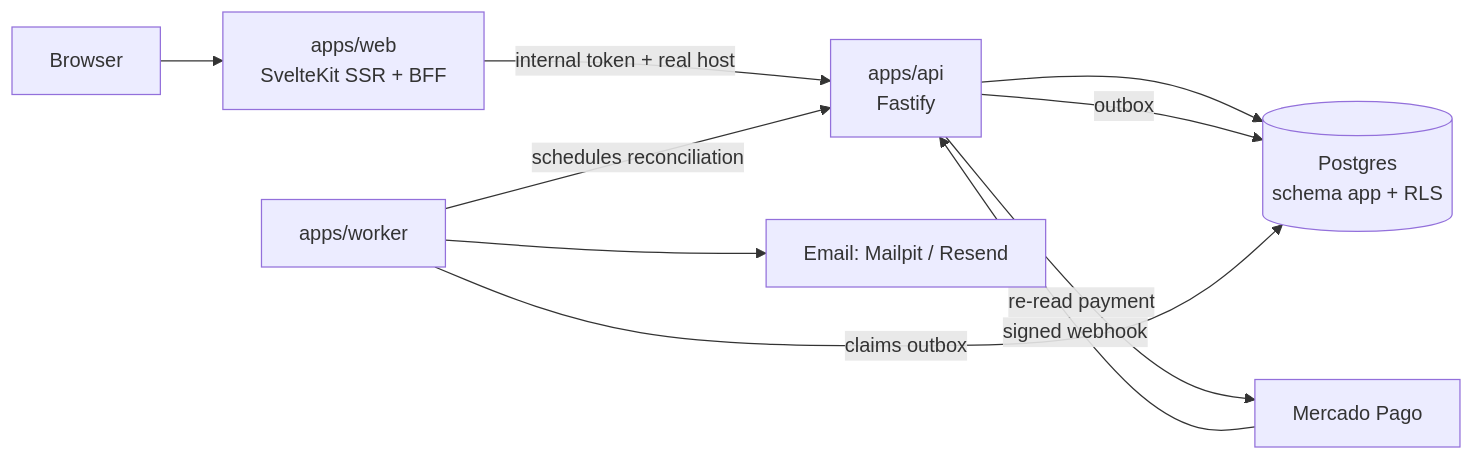
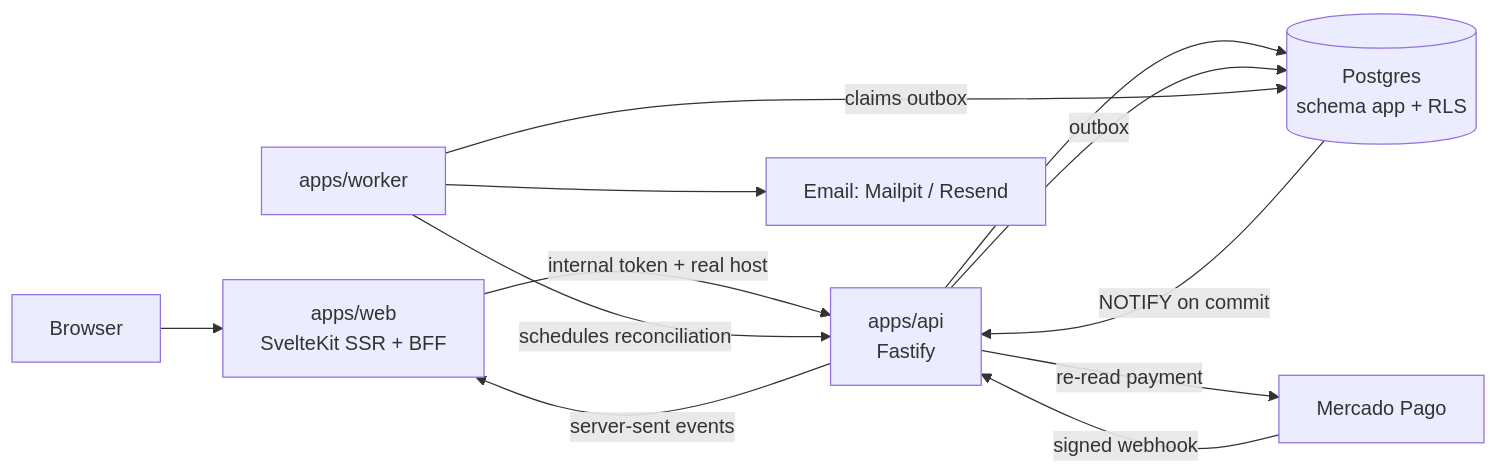
The diagram in README.md (montesgp/sortea), drawn with Mermaid before and after one commit. The commit also changed other lines of this file and 7 other files, not shown here.

````diff
--- a/README.md
+++ b/README.md
@@ -29,12 +29,14 @@
 ```mermaid
 flowchart LR
   B[Browser] --> W[apps/web<br/>SvelteKit SSR + BFF]
   W -->|internal token + real host| A[apps/api<br/>Fastify]
   MP[Mercado Pago] -->|signed webhook| A
   A --> DB[(Postgres<br/>schema app + RLS)]
   A -->|re-read payment| MP
   A -->|outbox| DB
+  DB -->|NOTIFY on commit| A
+  A -->|server-sent events| W
   K[apps/worker] -->|claims outbox| DB
   K -->|schedules reconciliation| A
   K --> E[Email: Mailpit / Resend]
 ```
````
